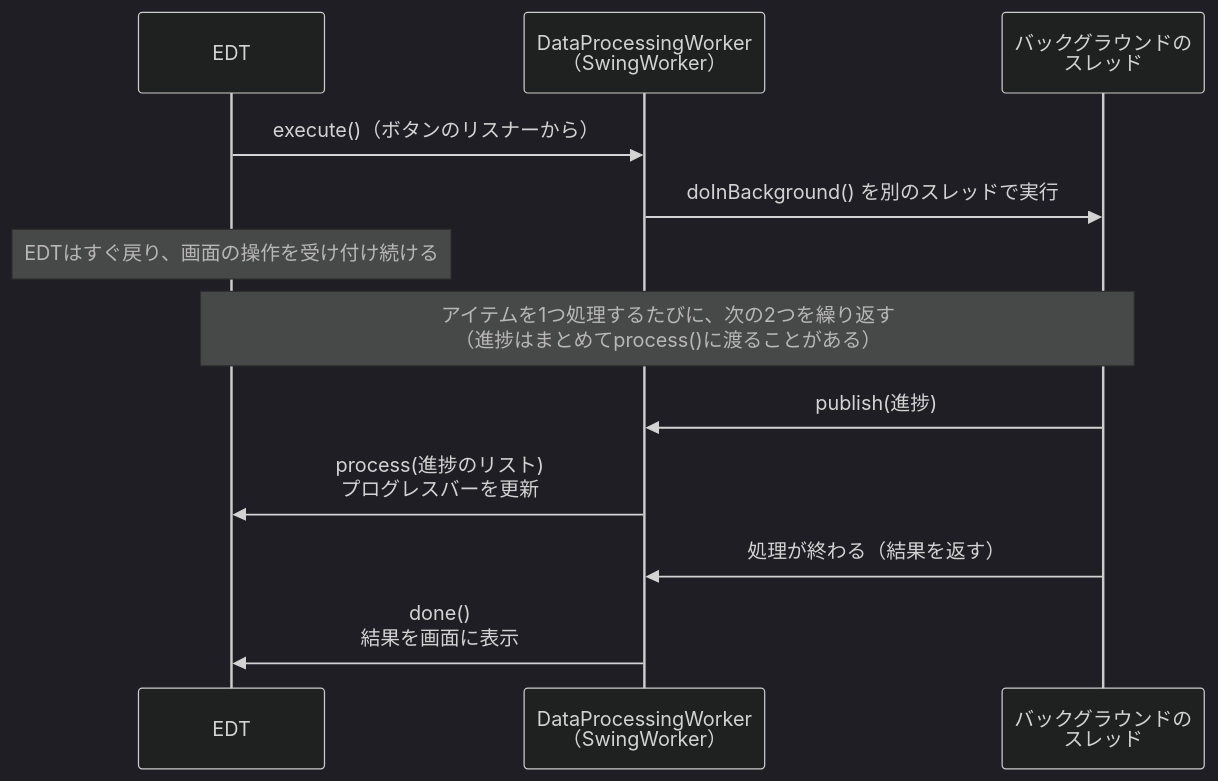
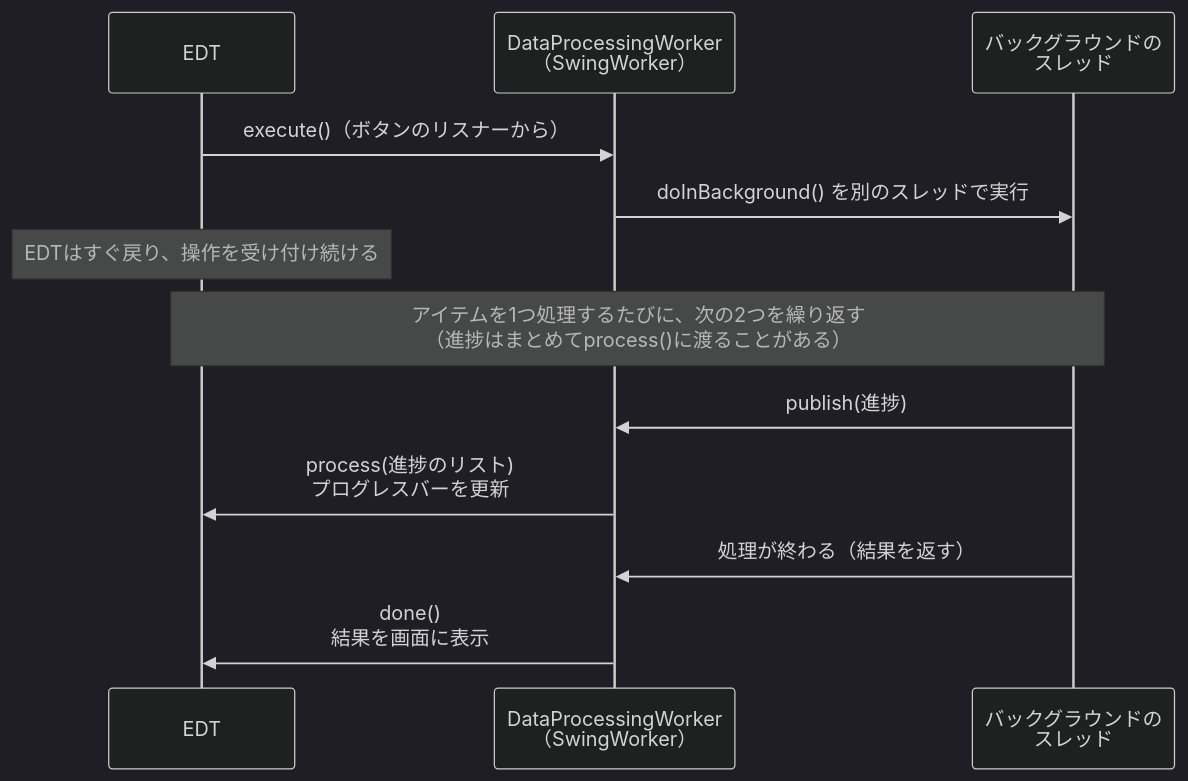
One commit to Nagatani/techbook-java-primer changed the diagram in docs/diagrams/chapter19-swingworker.mmd. Above: the diagram before and after it, drawn with Mermaid (dark theme). The commit also changed 86 other files, not shown here.

First line of the commit message:
feat: 図の文字をBIZ UDPゴシックにする

```diff
--- a/docs/diagrams/chapter19-swingworker.mmd
+++ b/docs/diagrams/chapter19-swingworker.mmd
@@ -1,13 +1,13 @@
 sequenceDiagram
     participant EDT as EDT
     participant W as DataProcessingWorker<br/>（SwingWorker）
     participant BG as バックグラウンドの<br/>スレッド
 
     EDT->>W: execute()（ボタンのリスナーから）
     W->>BG: doInBackground() を別のスレッドで実行
-    Note over EDT: EDTはすぐ戻り、画面の操作を受け付け続ける
+    Note over EDT: EDTはすぐ戻り、操作を受け付け続ける
     Note over EDT,BG: アイテムを1つ処理するたびに、次の2つを繰り返す<br/>（進捗はまとめてprocess()に渡ることがある）
     BG->>W: publish(進捗)
     W->>EDT: process(進捗のリスト)<br/>プログレスバーを更新
     BG->>W: 処理が終わる（結果を返す）
     W->>EDT: done()<br/>結果を画面に表示
```
